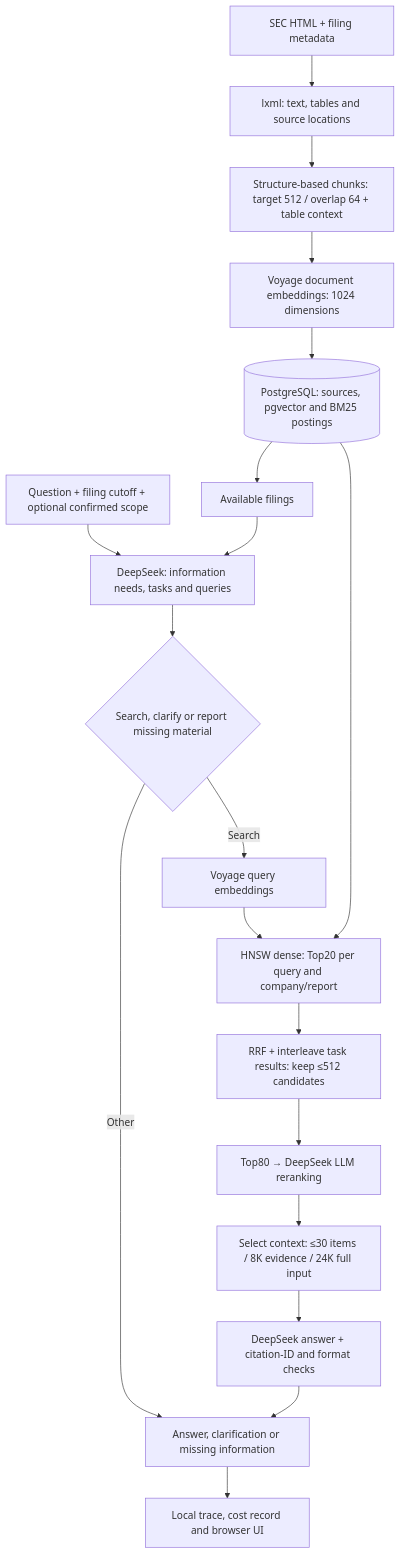
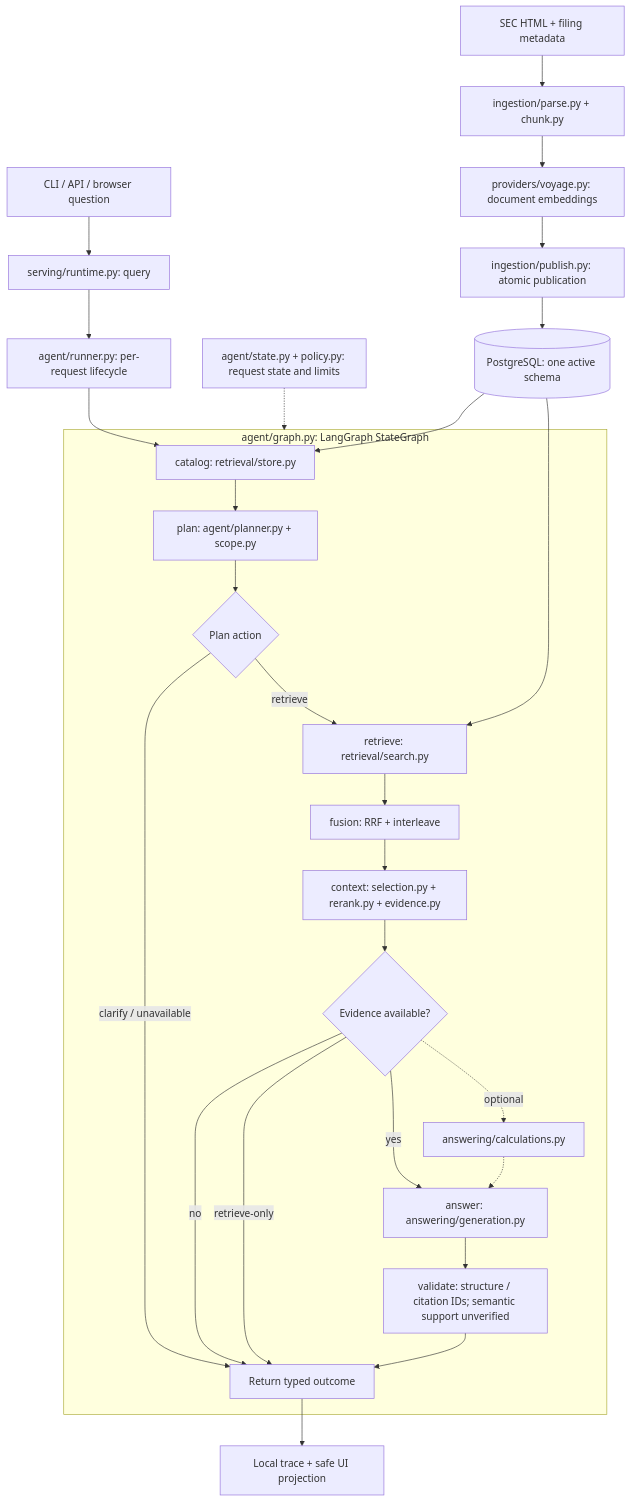
One commit to RqingLiu/financial-report-rag changed the diagram in README.md. Above: the diagram before and after it, drawn with Mermaid. The commit also changed other lines of this file and 231 other files, not shown here.

Commit message:
Refactor RAG workflow with LangGraph and simplify project structure

````diff
--- a/README.md
+++ b/README.md
@@ -21,20 +38,30 @@
 ```mermaid
 flowchart TB
-  SEC["SEC HTML + filing metadata"] --> Parse["lxml: text, tables and source locations"]
-  Parse --> Chunk["Structure-based chunks: target 512 / overlap 64 + table context"]
-  Chunk --> DocEmb["Voyage document embeddings: 1024 dimensions"]
-  DocEmb --> PG[("PostgreSQL: sources, pgvector and BM25 postings")]
-  Q["Question + filing cutoff + optional confirmed scope"] --> Plan["DeepSeek: information needs, tasks and queries"]
-  PG --> Catalog["Available filings"] --> Plan
-  Plan --> Route{"Search, clarify or report missing material"}
-  Route -->|Search| Emb["Voyage query embeddings"]
-  Emb --> Search["HNSW dense: Top20 per query and company/report"]
-  PG --> Search
-  Search --> Fuse["RRF + interleave task results: keep ≤512 candidates"]
-  Fuse --> Rank["Top80 → DeepSeek LLM reranking"]
-  Rank --> Ctx["Select context: ≤30 items / 8K evidence / 24K full input"]
-  Ctx --> Answer["DeepSeek answer + citation-ID and format checks"]
-  Route -->|Other| Result["Answer, clarification or missing information"]
-  Answer --> Result
-  Result --> Trace["Local trace, cost record and browser UI"]
+  request["CLI / API / browser question"] --> adapter["serving/runtime.py: query"]
+  adapter --> runner["agent/runner.py: per-request lifecycle"]
+  runner --> catalog["catalog: retrieval/store.py"]
+  subgraph workflow["agent/graph.py: LangGraph StateGraph"]
+    catalog --> plan["plan: agent/planner.py + scope.py"]
+    plan --> route{"Plan action"}
+    route -->|"clarify / unavailable"| done["Return typed outcome"]
+    route -->|"retrieve"| search["retrieve: retrieval/search.py"]
+    search --> fusion["fusion: RRF + interleave"]
+    fusion --> context["context: selection.py + rerank.py + evidence.py"]
+    context --> gate{"Evidence available?"}
+    gate -->|"no"| done
+    gate -->|"retrieve-only"| done
+    gate -->|"yes"| answer["answer: answering/generation.py"]
+    gate -.->|"optional"| calc["answering/calculations.py"]
+    calc -.-> answer
+    answer --> validation["validate: structure / citation IDs; semantic support unverified"]
+    validation --> done
+  end
+  control["agent/state.py + policy.py: request state and limits"] -.-> workflow
+  done --> trace["Local trace + safe UI projection"]
+  pg[("PostgreSQL: one active schema")] --> catalog
+  pg --> search
+  source["SEC HTML + filing metadata"] --> parse["ingestion/parse.py + chunk.py"]
+  parse --> embedding["providers/voyage.py: document embeddings"]
+  embedding --> publish["ingestion/publish.py: atomic publication"]
+  publish --> pg
 ```
````
